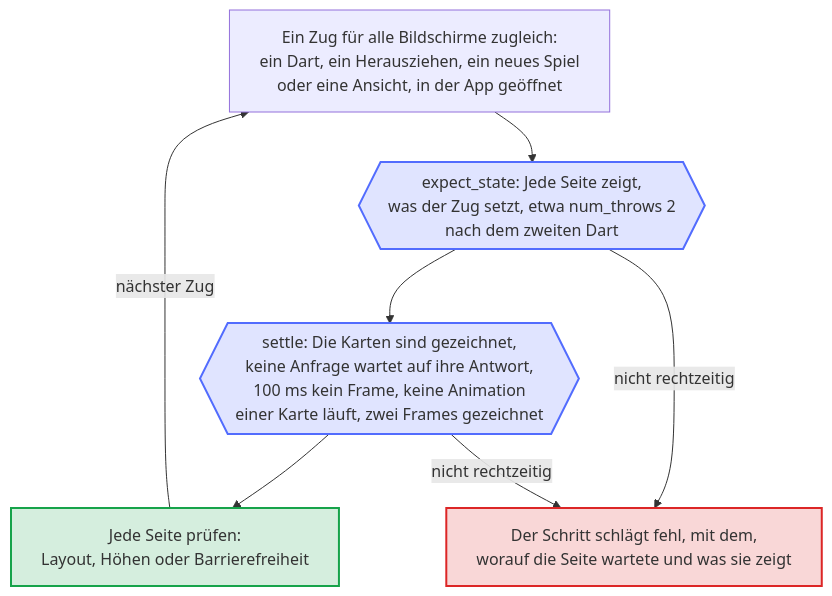
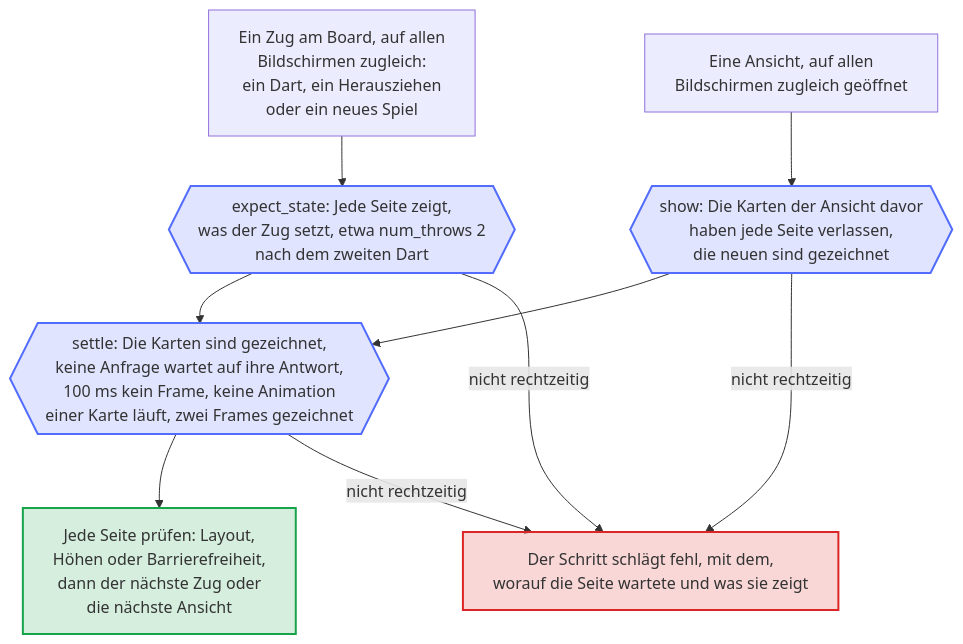
One commit to Dennis-Otto/ha-autodarts changed the diagram in docs/diagrams/browser-waits.de.mmd. Above: the diagram before and after it, drawn with Mermaid. The commit also changed 9 other files, not shown here.

First line of the commit message:
test(e2e): open a plain view after ?edit=1 with a load, and show show() in the wait diagram (#283)

```diff
--- a/docs/diagrams/browser-waits.de.mmd
+++ b/docs/diagrams/browser-waits.de.mmd
@@ -1,22 +1,24 @@
 ---
 config:
   flowchart:
     wrappingWidth: 400
 ---
 flowchart TB
   accTitle: Wie der Browsertest wartet
-  accDescr: Alle Bildschirme eines Schritts sind zugleich offen. Zuerst kommt ein Zug am Board, etwa ein Dart, oder eine Ansicht, die in der App geöffnet wird. Dann wartet der Test, bis jede Seite den Zustand zeigt, den der Zug setzt, etwa zwei Darts in der Aufnahme, und bis jede Seite zur Ruhe gekommen ist - ihre Karten gezeichnet, keine Anfrage am Websocket wartet auf ihre Antwort, 100 ms kein Frame, keine Animation einer Karte läuft und zwei Frames gezeichnet. Dann prüft er jede Seite auf einmal - das Layout, die Höhen oder die Barrierefreiheit - und macht mit dem nächsten Zug weiter. Eine Seite, die nicht dahin kommt, lässt den Schritt mit dem fehlschlagen, worauf sie gewartet hat.
+  accDescr: Alle Bildschirme eines Schritts sind zugleich offen. Nach einem Zug am Board, etwa einem Dart, wartet der Test mit expect_state, bis jede Seite den Zustand zeigt, den der Zug setzt, etwa zwei Darts in der Aufnahme. Nach einer Ansicht, die er öffnet, wartet er mit show, bis die Karten der Ansicht davor jede Seite verlassen und die neuen sich gezeichnet haben. Dann wartet er, bis jede Seite zur Ruhe gekommen ist - ihre Karten gezeichnet, keine Anfrage am Websocket wartet auf ihre Antwort, 100 ms kein Frame, keine Animation einer Karte läuft und zwei Frames gezeichnet. Danach prüft er jede Seite auf einmal - das Layout, die Höhen oder die Barrierefreiheit - und macht mit dem nächsten Zug oder der nächsten Ansicht weiter. Eine Seite, die nicht dahin kommt, lässt den Schritt mit dem fehlschlagen, worauf sie gewartet hat.
 
-  MOVE["Ein Zug für alle Bildschirme zugleich:<br/>ein Dart, ein Herausziehen, ein neues Spiel<br/>oder eine Ansicht, in der App geöffnet"] --> STATE{{"expect_state: Jede Seite zeigt,<br/>was der Zug setzt, etwa num_throws 2<br/>nach dem zweiten Dart"}}
+  MOVE["Ein Zug am Board, auf allen<br/>Bildschirmen zugleich:<br/>ein Dart, ein Herausziehen<br/>oder ein neues Spiel"] --> STATE{{"expect_state: Jede Seite zeigt,<br/>was der Zug setzt, etwa num_throws 2<br/>nach dem zweiten Dart"}}
+  VIEW["Eine Ansicht, auf allen<br/>Bildschirmen zugleich geöffnet"] --> SHOW{{"show: Die Karten der Ansicht davor<br/>haben jede Seite verlassen,<br/>die neuen sind gezeichnet"}}
   STATE --> SETTLE{{"settle: Die Karten sind gezeichnet,<br/>keine Anfrage wartet auf ihre Antwort,<br/>100 ms kein Frame, keine Animation<br/>einer Karte läuft, zwei Frames gezeichnet"}}
-  SETTLE --> CHECK["Jede Seite prüfen:<br/>Layout, Höhen oder Barrierefreiheit"]
-  CHECK -- "nächster Zug" --> MOVE
+  SHOW --> SETTLE
+  SETTLE --> CHECK["Jede Seite prüfen: Layout,<br/>Höhen oder Barrierefreiheit,<br/>dann der nächste Zug oder<br/>die nächste Ansicht"]
   STATE -- "nicht rechtzeitig" --> FAIL["Der Schritt schlägt fehl, mit dem,<br/>worauf die Seite wartete und was sie zeigt"]
+  SHOW -- "nicht rechtzeitig" --> FAIL
   SETTLE -- "nicht rechtzeitig" --> FAIL
 
   classDef bot fill:#526cfe2e,stroke:#526cfe,stroke-width:2px
   classDef done fill:#16a34a2e,stroke:#16a34a,stroke-width:2px
   classDef failed fill:#dc26262e,stroke:#dc2626,stroke-width:2px
-  class STATE,SETTLE bot
+  class STATE,SHOW,SETTLE bot
   class CHECK done
   class FAIL failed
```
